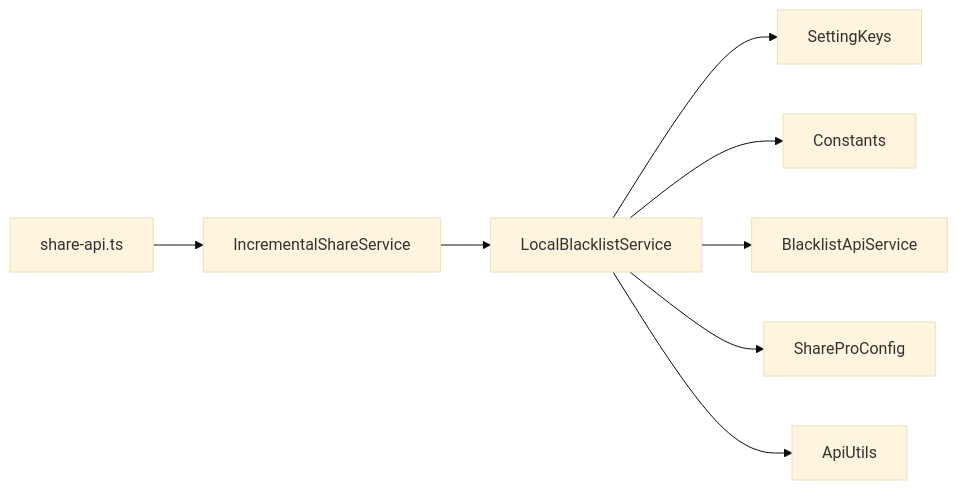
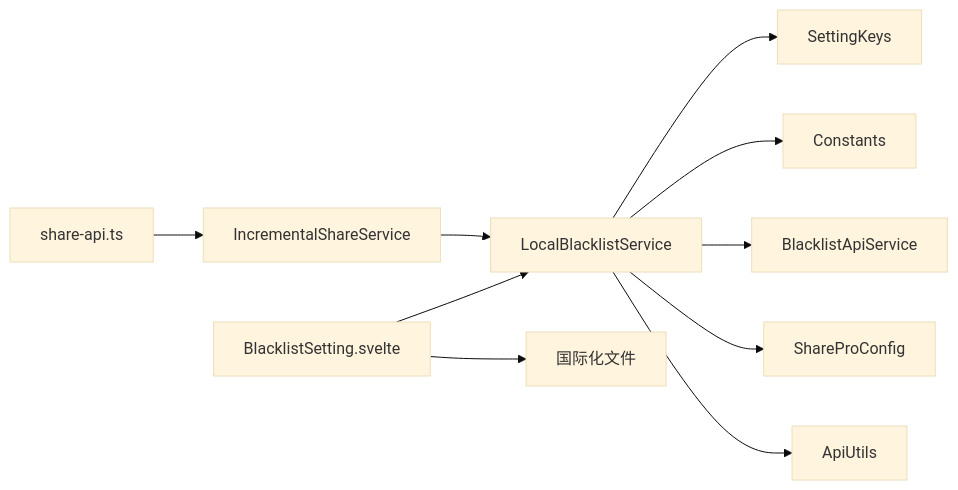
One commit to terwerinc/siyuan-plugin-share-pro changed the seventh of 7 diagrams in .qoder/repowiki/zh/content/架构设计/服务层架构/黑名单服务 (BlacklistService).md. Above: the diagram before and after it, drawn with Mermaid (base theme). The commit also changed other lines of this file and 5 other files, not shown here.

````diff
--- a/.qoder/repowiki/zh/content/架构设计/服务层架构/黑名单服务 (BlacklistService).md
+++ b/.qoder/repowiki/zh/content/架构设计/服务层架构/黑名单服务 (BlacklistService).md
@@ -303,10 +364,12 @@
 ```mermaid
 graph LR
 LBS["LocalBlacklistService"] --> SK["SettingKeys"]
 LBS --> CT["Constants"]
 LBS --> BAS["BlacklistApiService"]
 LBS --> SP["ShareProConfig"]
 LBS --> AU["ApiUtils"]
 ISS["IncrementalShareService"] --> LBS
 API["share-api.ts"] --> ISS
+BLS["BlacklistSetting.svelte"] --> LBS
+BLS --> I18N["国际化文件"]
 ```
````
